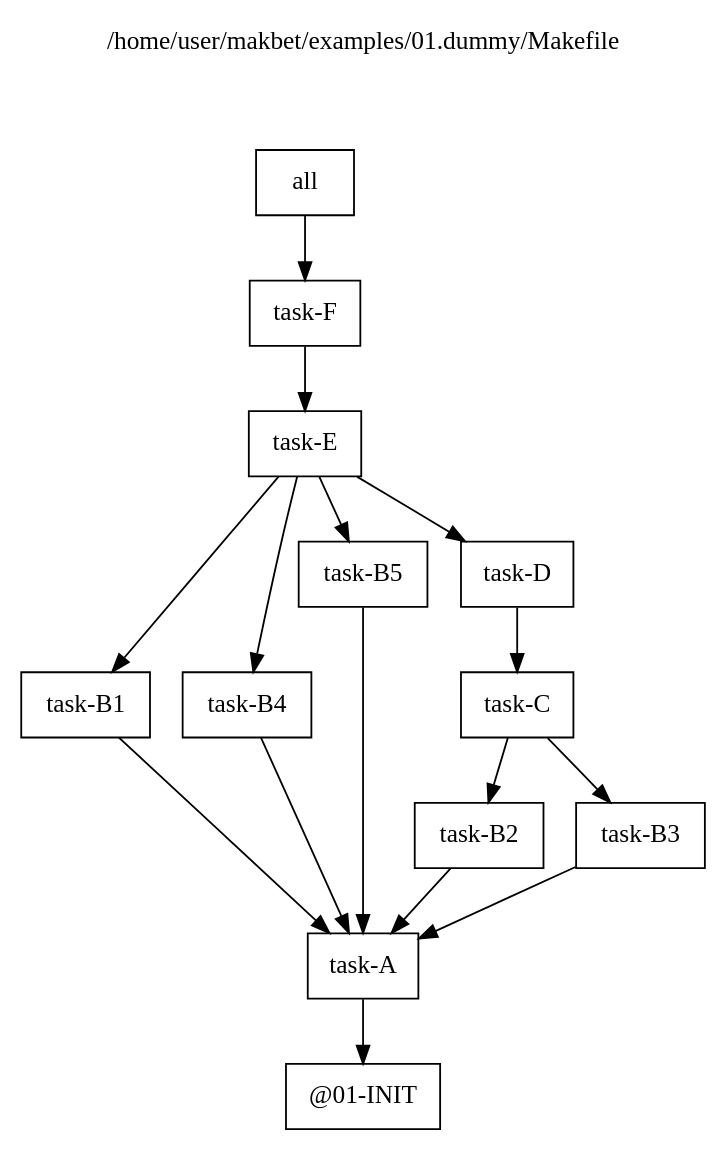
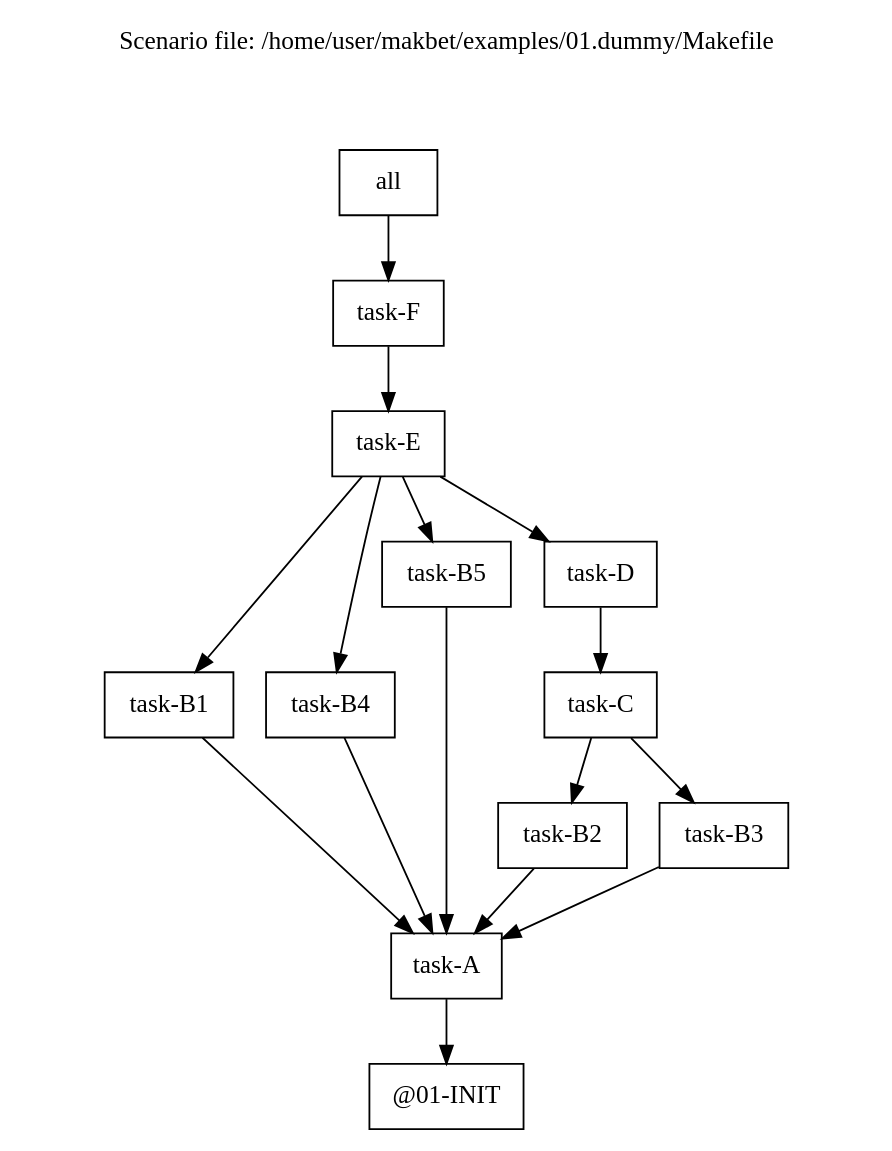
Before and after one commit to skaluzka/makbet: the diagram in docs/examples/01.dummy/results.dot, drawn with Graphviz. The commit also changed 11 other files, not shown here.

```diff
--- a/docs/examples/01.dummy/results.dot
+++ b/docs/examples/01.dummy/results.dot
@@ -1,45 +1,45 @@
 digraph {
 
 // This file has been generated by makbet heads/master-0-g88262d1
 // Generation date: Wed 19 Aug 2020 01:21:07 AM CEST
-// Input: /home/user/makbet/examples/01.dummy/Makefile
+// Scenario file: /home/user/makbet/examples/01.dummy/Makefile
 
 // Graph title.
 labelloc="t";
-label="/home/user/makbet/examples/01.dummy/Makefile\n\n\n\n"
+label="Scenario file: /home/user/makbet/examples/01.dummy/Makefile\n\n\n\n"
 
 // Node options.
 node [shape=box];
 
 "all" -> "task-F";
 
 "@01-INIT";
 
 "task-A" -> "@01-INIT";
 
 "task-B1" -> "task-A";
 
 "task-B2" -> "task-A";
 
 "task-B3" -> "task-A";
 
 "task-B4" -> "task-A";
 
 "task-B5" -> "task-A";
 
 "task-C" -> "task-B2";
 "task-C" -> "task-B3";
 
 "task-D" -> "task-C";
 
 "task-E" -> "task-B1";
 "task-E" -> "task-B4";
 "task-E" -> "task-B5";
 "task-E" -> "task-D";
 
 "task-F" -> "task-E";
 
 }
 
 
 // End of file
```
